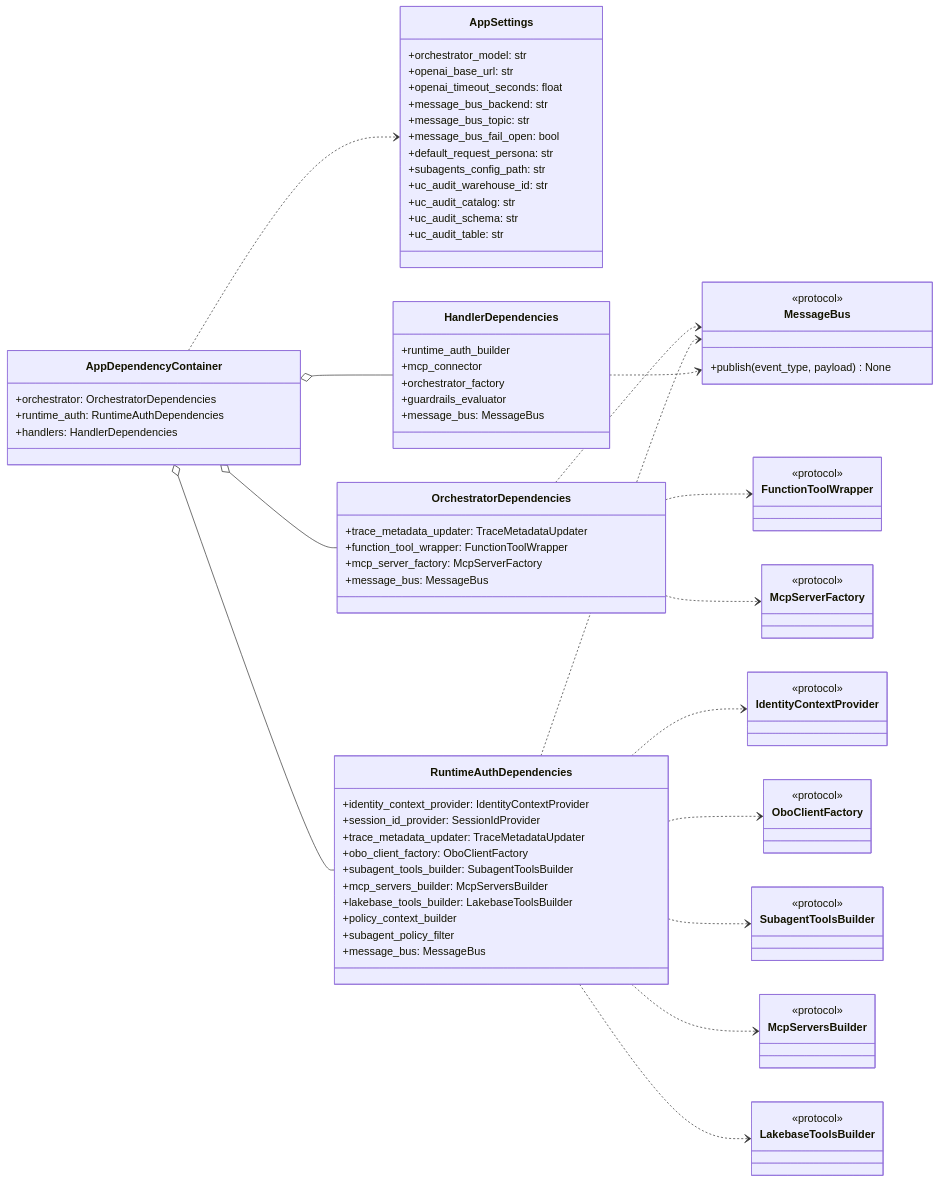
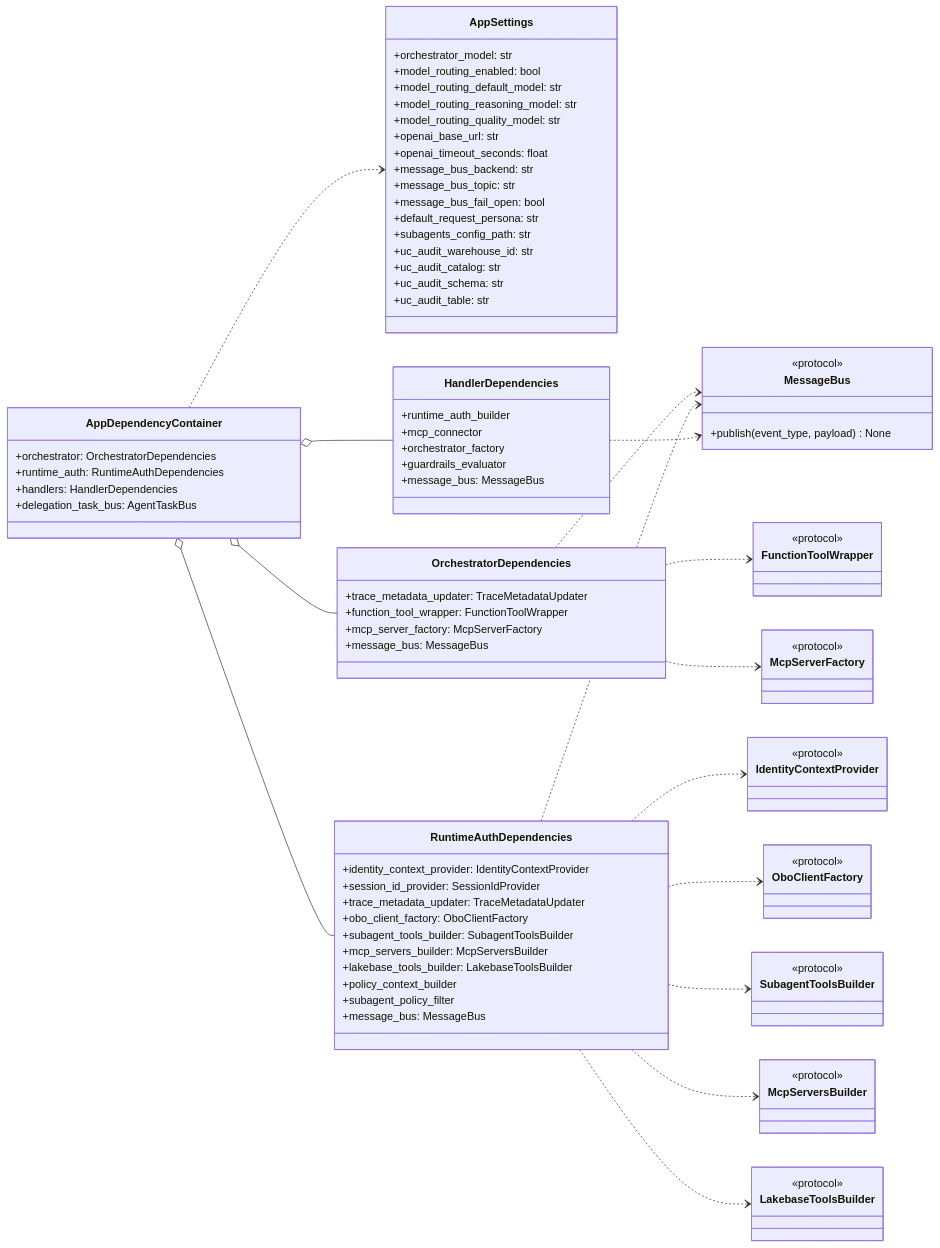
One commit to wchen-dea/Governed-Multi-Agent-Intelligence-on-Databricks changed the second of 6 diagrams in docs/architecture/design-artifacts/08-backend-class-diagram-as-is.md. Above: the diagram before and after it, drawn with Mermaid. The commit also changed other lines of this file and 29 other files, not shown here.

```diff
--- a/docs/architecture/design-artifacts/08-backend-class-diagram-as-is.md
+++ b/docs/architecture/design-artifacts/08-backend-class-diagram-as-is.md
@@ -111,6 +111,10 @@
 
 class AppSettings {
     +orchestrator_model: str
+    +model_routing_enabled: bool
+    +model_routing_default_model: str
+    +model_routing_reasoning_model: str
+    +model_routing_quality_model: str
     +openai_base_url: str
     +openai_timeout_seconds: float
     +message_bus_backend: str
@@ -128,6 +132,7 @@
     +orchestrator: OrchestratorDependencies
     +runtime_auth: RuntimeAuthDependencies
     +handlers: HandlerDependencies
+    +delegation_task_bus: AgentTaskBus
 }
 
 class OrchestratorDependencies {
```
